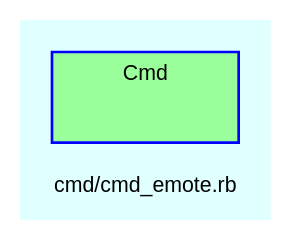
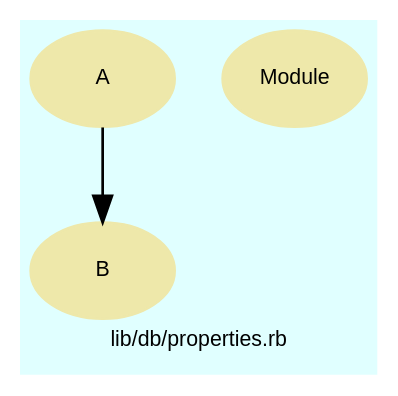
One commit to Tyche/teensymud changed the diagram in doc/dot/f_40.dot. Above: the diagram before and after it, drawn with Graphviz. The commit also changed 180 other files, not shown here.

```diff
--- a/doc/dot/f_40.dot
+++ b/doc/dot/f_40.dot
@@ -1,29 +1,44 @@
 digraph TopLevel {
     compound = true
     bgcolor = lightcyan1
     fontname = Arial
     fontsize = 8
-    label = "cmd/cmd_emote.rb"
+    label = "lib/db/properties.rb"
     node [
         fontname = Arial,
         fontsize = 8,
         color = black
     ]
 
-    subgraph cluster_Cmd {
-        fillcolor = palegreen1
-        URL = "classes/Cmd.html"
-        fontname = Arial
-        color = blue
-        label = "Cmd"
-        style = filled
-        Cmd [
-            shape = plaintext,
-            height = 0.01,
-            width = 0.75,
-            label = ""
-        ]
+    A [
+        fontcolor = black,
+        URL = "classes/A.html",
+        shape = ellipse,
+        color = palegoldenrod,
+        style = filled,
+        label = "A"
+    ]
 
-    }
+    B [
+        fontcolor = black,
+        URL = "classes/B.html",
+        shape = ellipse,
+        color = palegoldenrod,
+        style = filled,
+        label = "B"
+    ]
+
+    Module [
+        fontcolor = black,
+        URL = "classes/Module.html",
+        shape = ellipse,
+        color = palegoldenrod,
+        style = filled,
+        label = "Module"
+    ]
+
+    A -> B [
+
+    ]
 
 }
```
